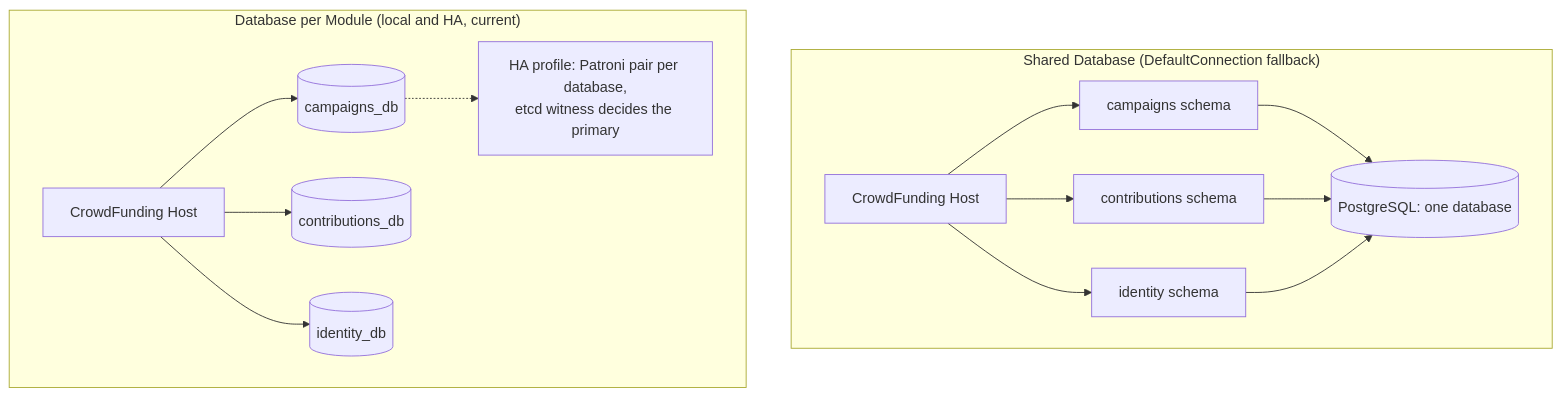
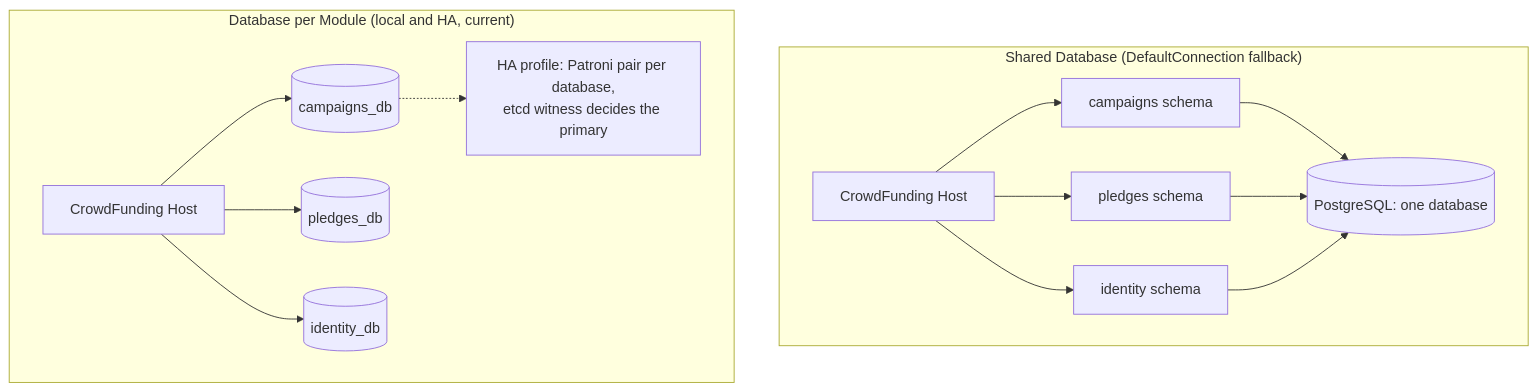
One commit to maysamgamini/crowdfundinghub changed the third of 14 diagrams in docs/TRADE_OFFS_AND_LIMITATIONS.md. Above: the diagram before and after it, drawn with Mermaid. The commit also changed other lines of this file and 571 other files, not shown here.

````diff
--- a/docs/TRADE_OFFS_AND_LIMITATIONS.md
+++ b/docs/TRADE_OFFS_AND_LIMITATIONS.md
@@ -173,19 +173,19 @@
 ```mermaid
 graph TB
     subgraph "Shared Database (DefaultConnection fallback)"
         DB1[("PostgreSQL: one database")]
         S_Camp["campaigns schema"] --> DB1
-        S_Cont["contributions schema"] --> DB1
+        S_Cont["pledges schema"] --> DB1
         S_Id["identity schema"] --> DB1
         API1["CrowdFunding Host"] --> S_Camp
         API1 --> S_Cont
         API1 --> S_Id
     end
 
     subgraph "Database per Module (local and HA, current)"
         API2["CrowdFunding Host"] --> DB_C[("campaigns_db")]
-        API2 --> DB_P[("contributions_db")]
+        API2 --> DB_P[("pledges_db")]
         API2 --> DB_I[("identity_db")]
         DB_C -.-> HA["HA profile: Patroni pair per database,<br/>etcd witness decides the primary"]
     end
 ```
````
